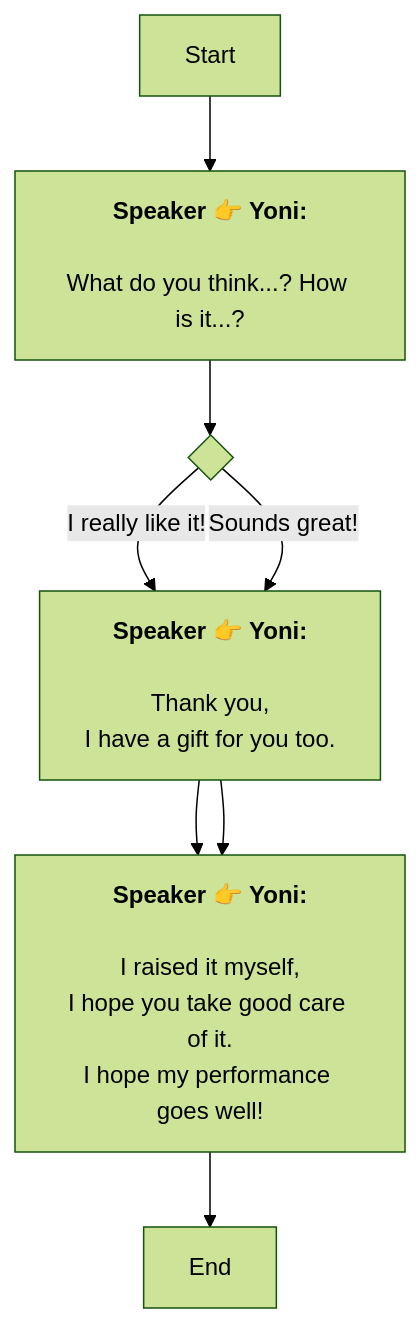
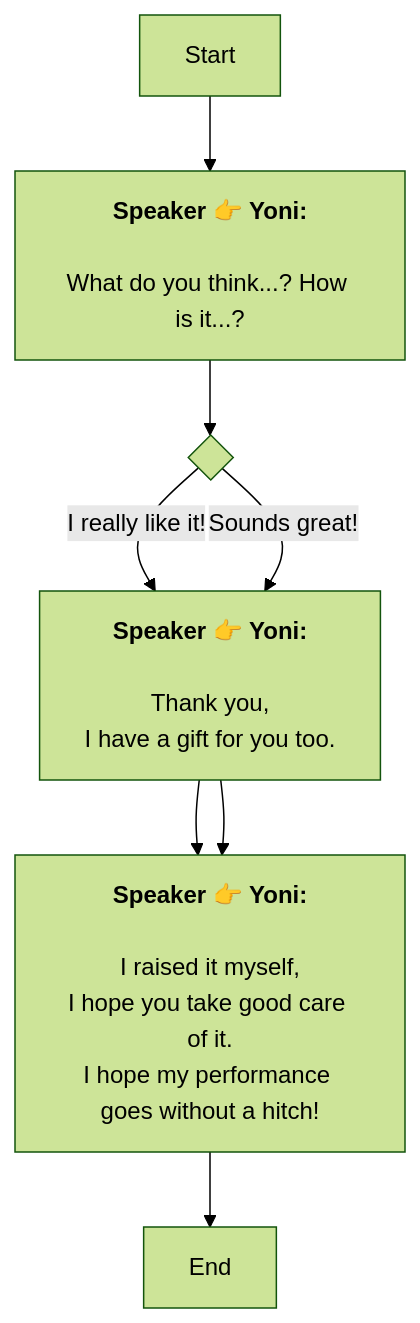
The diagram in En/QuestStartTalkENode_1741644675494136.md (SoftHu/tos_avg), drawn with Mermaid (forest theme) before and after one commit. The commit also changed 297 other files, not shown here.

````diff
--- a/En/QuestStartTalkENode_1741644675494136.md
+++ b/En/QuestStartTalkENode_1741644675494136.md
@@ -1,27 +1,27 @@
 ```mermaid
 graph
 Start -->1741644696142075[<b>Speaker 👉 Yoni:</b>
 
 What do you think...? How is it...?]
 1741644696142075 -->1741644740696316{ }
 1741644740696316 -->|I really like it!|1741644780826881[<b>Speaker 👉 Yoni:</b>
 
 Thank you,
 I have a gift for you too.]
 1741644740696316 -->|Sounds great!|1741644780826881[<b>Speaker 👉 Yoni:</b>
 
 Thank you,
 I have a gift for you too.]
 1741644780826881 -->1741644967451907[<b>Speaker 👉 Yoni:</b>
 
 I raised it myself,
 I hope you take good care of it.
-I hope my performance goes well!]
+I hope my performance goes without a hitch!]
 1741644780826881 -->1741644967451907[<b>Speaker 👉 Yoni:</b>
 
 I raised it myself,
 I hope you take good care of it.
-I hope my performance goes well!]
+I hope my performance goes without a hitch!]
 1741644967451907 -->1741645063795972[End]
 
  ```
````
